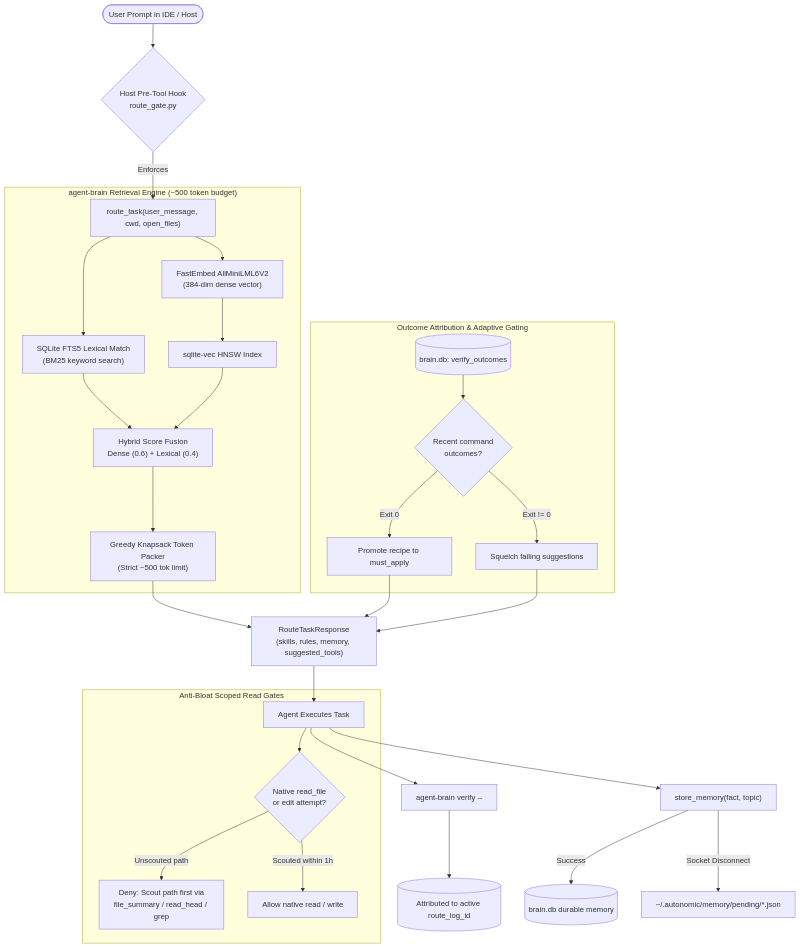
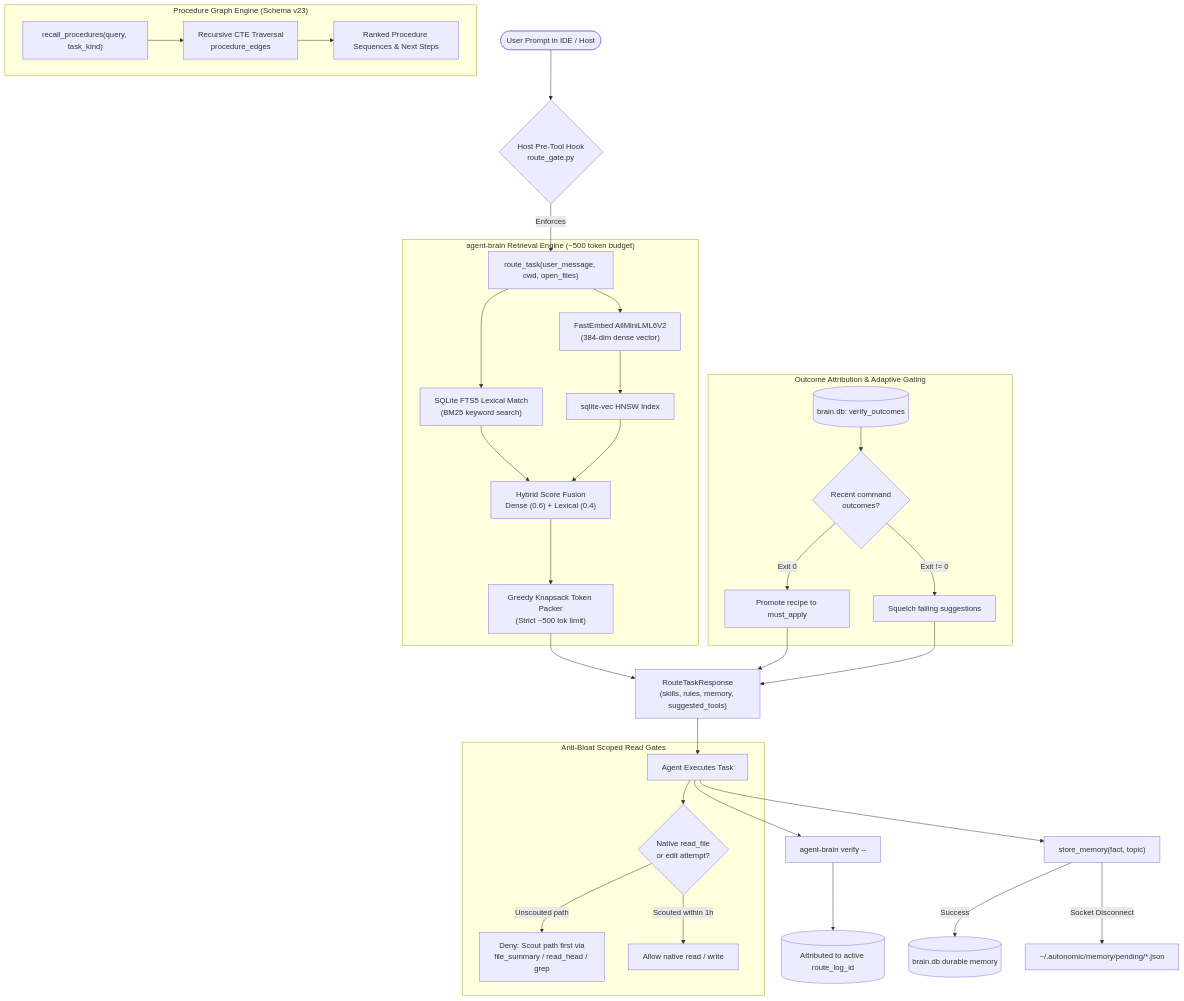
Before and after one commit to autonomic-ai-dev/agent-brain: the diagram in CONTEXT.md, drawn with Mermaid. The commit also changed other lines of this file and 24 other files, not shown here.

First line of the commit message:
feat(retrieval): procedure recall, recursive CTE procedure graph, auto-trajectories, and route cache telemetry fix (#149)

````diff
--- a/CONTEXT.md
+++ b/CONTEXT.md
@@ -24,34 +24,39 @@
 ```mermaid
 flowchart TD
     UserTurn([User Prompt in IDE / Host]) --> HookGate{Host Pre-Tool Hook<br>route_gate.py}
     HookGate -->|Enforces| RouteTask["route_task(user_message, cwd, open_files)"]
     
     subgraph BrainEngine ["agent-brain Retrieval Engine (~500 token budget)"]
         RouteTask --> QueryVec["FastEmbed AllMiniLML6V2<br>(384-dim dense vector)"]
         RouteTask --> QueryBM25["SQLite FTS5 Lexical Match<br>(BM25 keyword search)"]
         QueryVec --> HNSW["sqlite-vec HNSW Index"]
         QueryBM25 & HNSW --> HybridRerank["Hybrid Score Fusion<br>Dense (0.6) + Lexical (0.4)"]
         HybridRerank --> BudgetPacker["Greedy Knapsack Token Packer<br>(Strict ~500 tok limit)"]
     end
 
     subgraph OutcomeLedger ["Outcome Attribution & Adaptive Gating"]
         VerifyDB[("brain.db: verify_outcomes")] --> HistoryCheck{"Recent command<br>outcomes?"}
         HistoryCheck -->|Exit 0| PromoteMustApply["Promote recipe to must_apply"]
         HistoryCheck -->|Exit != 0| SquelchRecipe["Squelch failing suggestions"]
     end
 
+    subgraph ProcedureEngine ["Procedure Graph Engine (Schema v23)"]
+        RecallCmd["recall_procedures(query, task_kind)"] --> CTE["Recursive CTE Traversal<br>procedure_edges"]
+        CTE --> ProcedureHits["Ranked Procedure Sequences & Next Steps"]
+    end
+
     BudgetPacker & PromoteMustApply & SquelchRecipe --> RouteResponse["RouteTaskResponse<br>(skills, rules, memory, suggested_tools)"]
     RouteResponse --> AgentWork["Agent Executes Task"]
     
     subgraph ScopedReadGates ["Anti-Bloat Scoped Read Gates"]
         AgentWork --> NativeReadCheck{"Native read_file<br>or edit attempt?"}
         NativeReadCheck -->|Unscouted path| BlockRead["Deny: Scout path first via<br>file_summary / read_head / grep"]
         NativeReadCheck -->|Scouted within 1h| AllowRead["Allow native read / write"]
     end
 
     AgentWork --> VerifyCmd["agent-brain verify -- <cmd>"]
     VerifyCmd --> RecordOutcome[("Attributed to active route_log_id")]
     AgentWork --> StoreMem["store_memory(fact, topic)"]
     StoreMem -->|Success| SaveDB[("brain.db durable memory")]
     StoreMem -->|Socket Disconnect| PendingQueue["~/.autonomic/memory/pending/*.json"]
 ```
````
